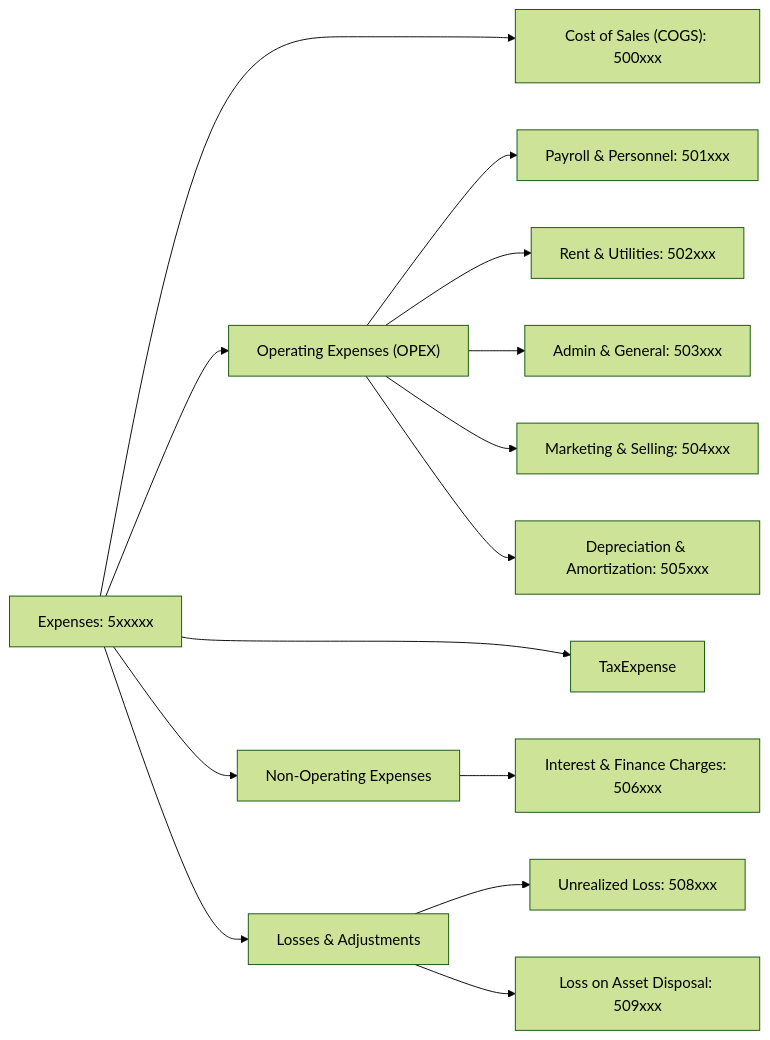
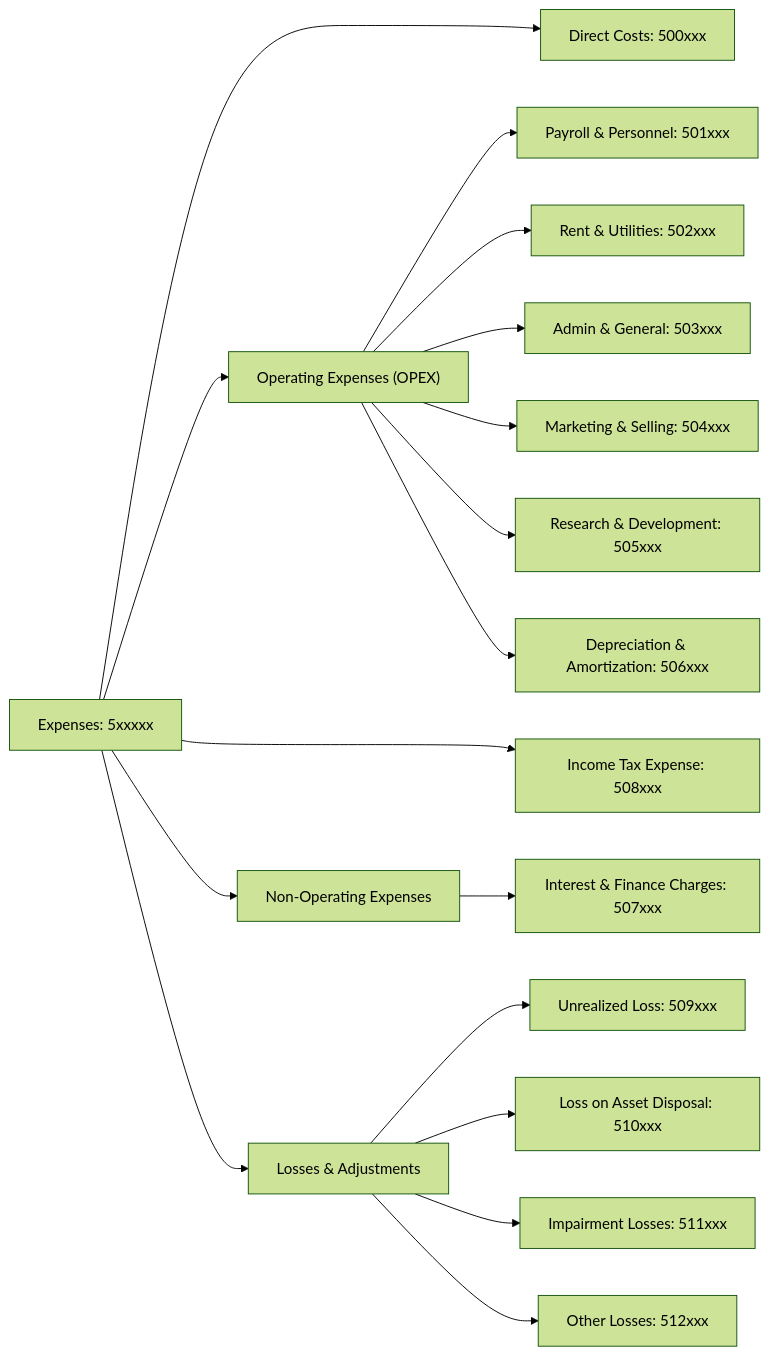
Before and after one commit to oosahon/ledgernova-core: the diagram in src/domain/accounting/__doc__/assets/coa-expenses.mermaid, drawn with Mermaid (forest theme). The commit also changed 276 other files, not shown here.

```diff
--- a/src/domain/accounting/__doc__/assets/coa-expenses.mermaid
+++ b/src/domain/accounting/__doc__/assets/coa-expenses.mermaid
@@ -1,27 +1,27 @@
 flowchart LR
     Expenses["Expenses: 5xxxxx"]
-    Expenses --> DirectCosts & OperatingExpenses & NonOperatingExpenses  & TaxExpense & Losses
+    Expenses --> DirectCosts & OperatingExpenses & NonOperatingExpenses & TaxExpense & Losses
 
-    DirectCosts["Cost of Sales (COGS): 500xxx"]
+    DirectCosts["Direct Costs: 500xxx"]
     
     OperatingExpenses["Operating Expenses (OPEX)"]
-        OperatingExpenses --> PayrollAndPersonnel["Payroll & Personnel: 501xxx"] 
-       
-            
+        OperatingExpenses --> PayrollAndPersonnel["Payroll & Personnel: 501xxx"]
         OperatingExpenses --> RentUtilities["Rent & Utilities: 502xxx"]
         OperatingExpenses --> AdminGeneral["Admin & General: 503xxx"]
         OperatingExpenses --> MarketingSelling["Marketing & Selling: 504xxx"]
-        OperatingExpenses --> Depreciation["Depreciation & Amortization: 505xxx"]
+        OperatingExpenses --> ResearchDevelopment["Research & Development: 505xxx"]
+        OperatingExpenses --> Depreciation["Depreciation & Amortization: 506xxx"]
             
     NonOperatingExpenses["Non-Operating Expenses"]
-        NonOperatingExpenses --> FinanceCosts["Interest & Finance Charges: 506xxx"]
+        NonOperatingExpenses --> FinanceCosts["Interest & Finance Charges: 507xxx"]
 
-
+    TaxExpense["Income Tax Expense: 508xxx"]
 
     Losses["Losses & Adjustments"]
-        Losses --> UnrealizedLoss["Unrealized Loss: 508xxx"]
-        Losses --> AssetDisposal["Loss on Asset Disposal: 509xxx"]
-
+        Losses --> UnrealizedLoss["Unrealized Loss: 509xxx"]
+        Losses --> AssetDisposal["Loss on Asset Disposal: 510xxx"]
+        Losses --> ImpairmentLoss["Impairment Losses: 511xxx"]
+        Losses --> OtherLosses["Other Losses: 512xxx"]
 
      %% For positioning
     OperatingExpenses ~~~ DirectCosts & TaxExpense
```
